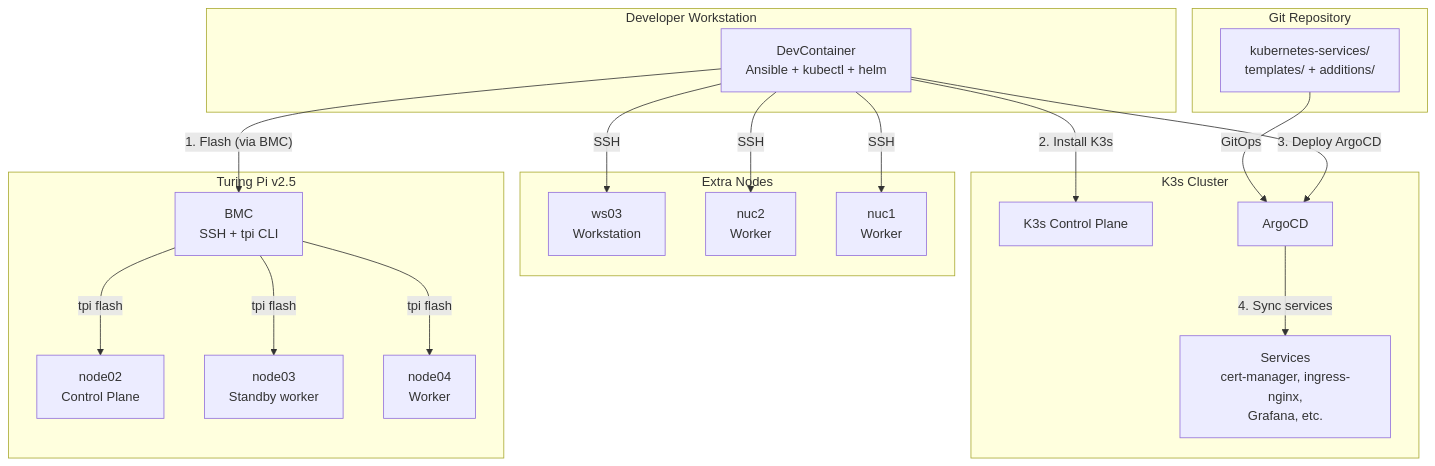
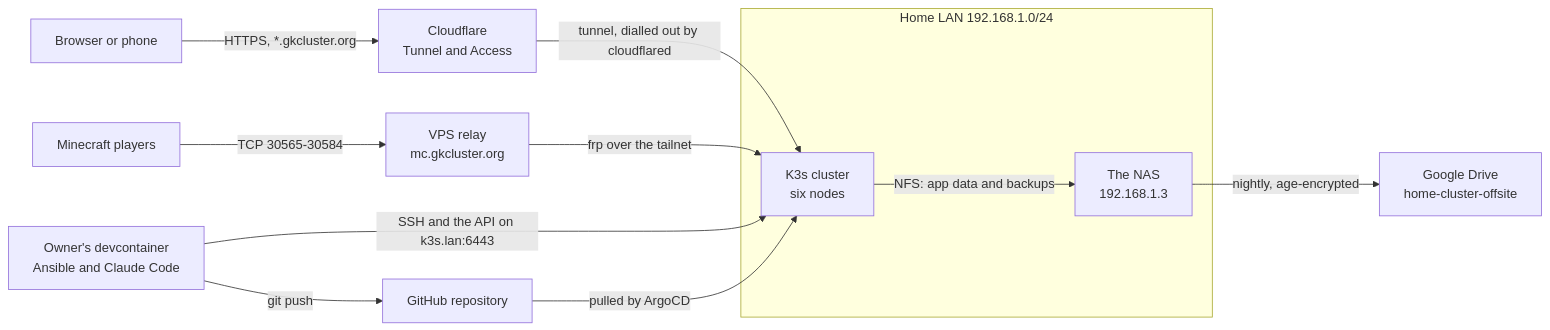
The first of 2 diagrams in docs/explanations/architecture.md (gilesknap/tpi-k3s-ansible), drawn with Mermaid before and after one commit. The commit also changed other lines of this file and 76 other files, not shown here.

First line of the commit message:
Re-frame the docs as this cluster's manual and add architecture pages

````diff
--- a/docs/explanations/architecture.md
+++ b/docs/explanations/architecture.md
@@ -11,37 +21,27 @@
 ```mermaid
-flowchart TB
-    subgraph Workstation["Developer Workstation"]
-        DC[DevContainer<br/>Ansible + kubectl + helm]
+flowchart LR
+    USER["Browser or phone"]
+    PLAYER["Minecraft players"]
+    DEV["Owner's devcontainer<br/>Ansible and Claude Code"]
+    GH["GitHub repository"]
+
+    CF["Cloudflare<br/>Tunnel and Access"]
+    VPS["VPS relay<br/>mc.gkcluster.org"]
+
+    subgraph HOME["Home LAN 192.168.1.0/24"]
+        CLUSTER["K3s cluster<br/>six nodes"]
+        NAS["The NAS<br/>192.168.1.3"]
     end
 
-    subgraph TuringPi["Turing Pi v2.5"]
-        BMC[BMC<br/>SSH + tpi CLI]
-        N2[node02<br/>Control Plane]
-        N3[node03<br/>Standby worker]
-        N4[node04<br/>Worker]
-    end
+    GD["Google Drive<br/>home-cluster-offsite"]
 
-    subgraph Extra["Extra Nodes"]
-        E1[ws03<br/>Workstation]
-        E2[nuc2<br/>Worker]
-        E3[nuc1<br/>Worker]
-    end
-
-    subgraph Cluster["K3s Cluster"]
-        K3S[K3s Control Plane]
-        ARGO[ArgoCD]
-        SVC[Services<br/>cert-manager, ingress-nginx,<br/>Grafana, etc.]
-    end
-
-    subgraph Git["Git Repository"]
-        REPO["kubernetes-services/<br/>templates/ + additions/"]
-    end
-
-    DC -->|"1. Flash (via BMC)"| BMC
-    BMC -->|"tpi flash"| N2 & N3 & N4
-    DC -->|"2. Install K3s"| K3S
-    DC -->|"3. Deploy ArgoCD"| ARGO
-    ARGO -->|"4. Sync services"| SVC
-    REPO -->|"GitOps"| ARGO
-    DC -->|"SSH"| E1 & E2 & E3
+    USER -->|"HTTPS, *.gkcluster.org"| CF
+    CF -->|"tunnel, dialled out by cloudflared"| CLUSTER
+    PLAYER -->|"TCP 30565-30584"| VPS
+    VPS -->|"frp over the tailnet"| CLUSTER
+    DEV -->|"SSH and the API on k3s.lan:6443"| CLUSTER
+    DEV -->|"git push"| GH
+    GH -->|"pulled by ArgoCD"| CLUSTER
+    CLUSTER -->|"NFS: app data and backups"| NAS
+    NAS -->|"nightly, age-encrypted"| GD
 ```
````
